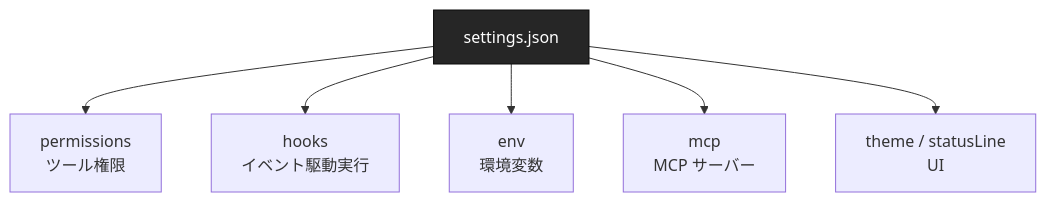
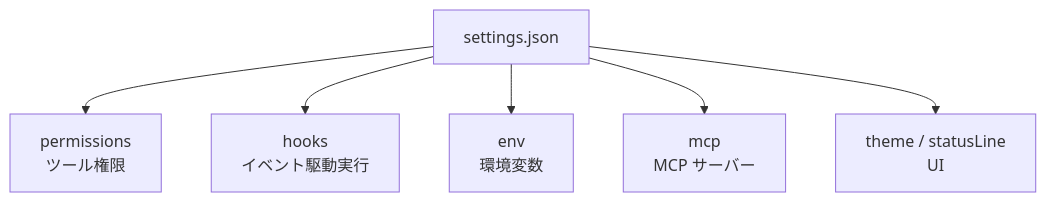
One commit to dinekt/dinekt-wiki changed the first of 2 diagrams in docs/tools/claude-code-settingsjson-を使いこなす.md. Above: the diagram before and after it, drawn with Mermaid. The commit also changed 70 other files, not shown here.

First line of the commit message:
fix(mermaid): strip all inline styling, rely on theme

````diff
--- a/docs/tools/claude-code-settingsjson-を使いこなす.md
+++ b/docs/tools/claude-code-settingsjson-を使いこなす.md
@@ -23,10 +23,9 @@
 ```mermaid
 flowchart TD
     S[settings.json] --> P[permissions<br/>ツール権限]
     S --> H[hooks<br/>イベント駆動実行]
     S --> E[env<br/>環境変数]
     S --> M[mcp<br/>MCP サーバー]
     S --> T[theme / statusLine<br/>UI]
 
-    style S fill:#262626,color:#fff,stroke:#0a0a0a
 ```
````
